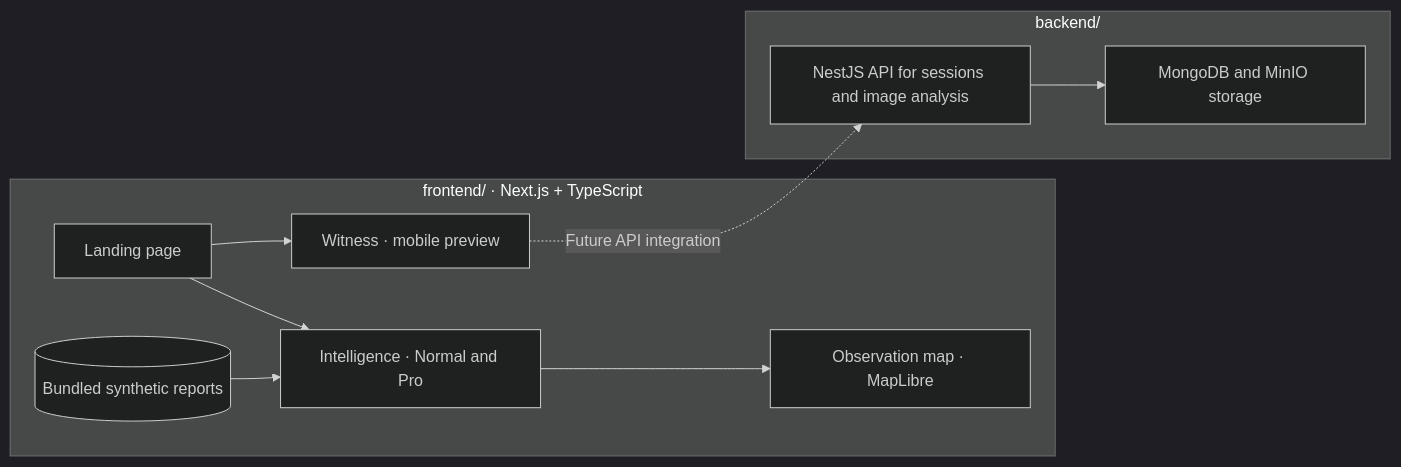
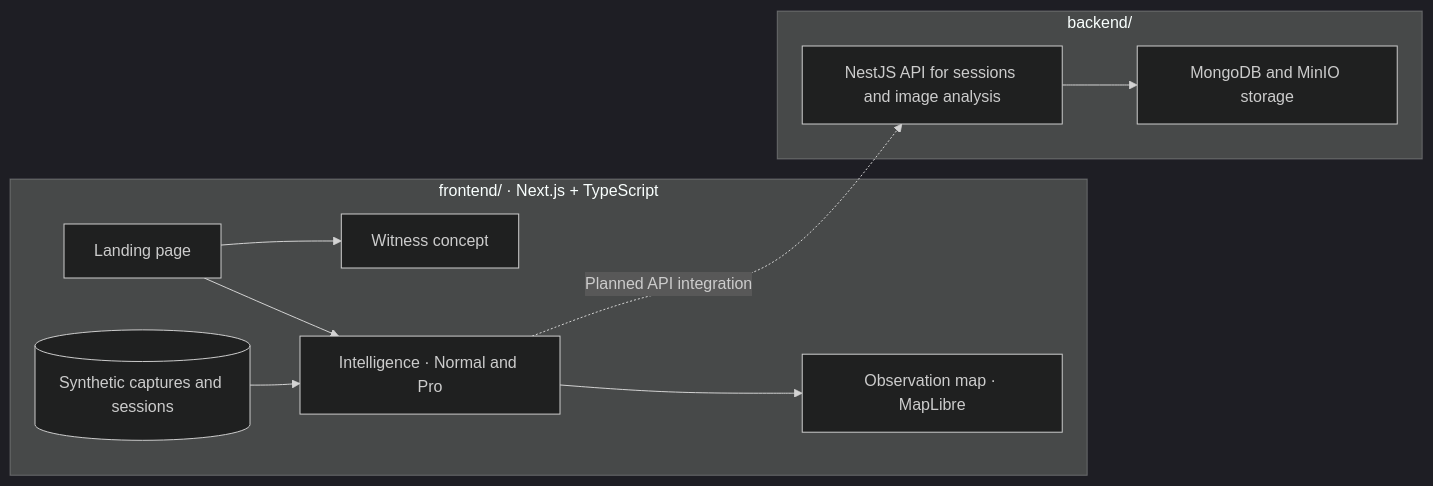
Before and after one commit to miroslavmatthew/BARA: the diagram in README.md, drawn with Mermaid (dark theme). The commit also changed other lines of this file and 1 other file, not shown here.

````diff
--- a/README.md
+++ b/README.md
@@ -45,14 +44,14 @@
 ```mermaid
 flowchart LR
     subgraph FE["frontend/ · Next.js + TypeScript"]
-        L["Landing page"] --> W["Witness · mobile preview"]
+        L["Landing page"] --> W["Witness concept"]
         L --> I["Intelligence · Normal and Pro"]
-        D[("Bundled synthetic reports")] --> I
+        D[("Synthetic captures and sessions")] --> I
         I --> M["Observation map · MapLibre"]
     end
     subgraph BE["backend/"]
         B["NestJS API for sessions and image analysis"]
         B --> S["MongoDB and MinIO storage"]
     end
-    W -.->|Future API integration| B
+    I -.->|Planned API integration| B
 ```
````
